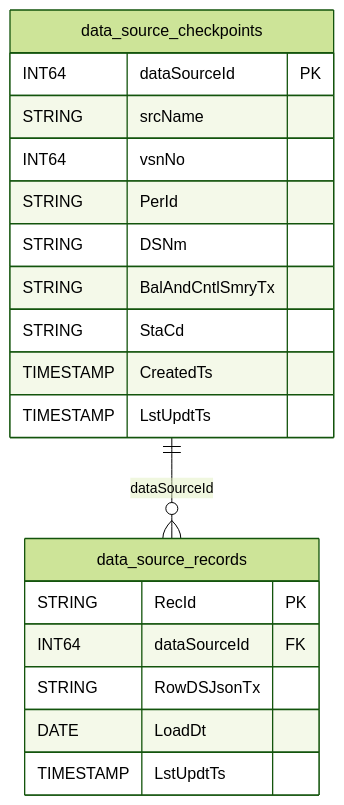
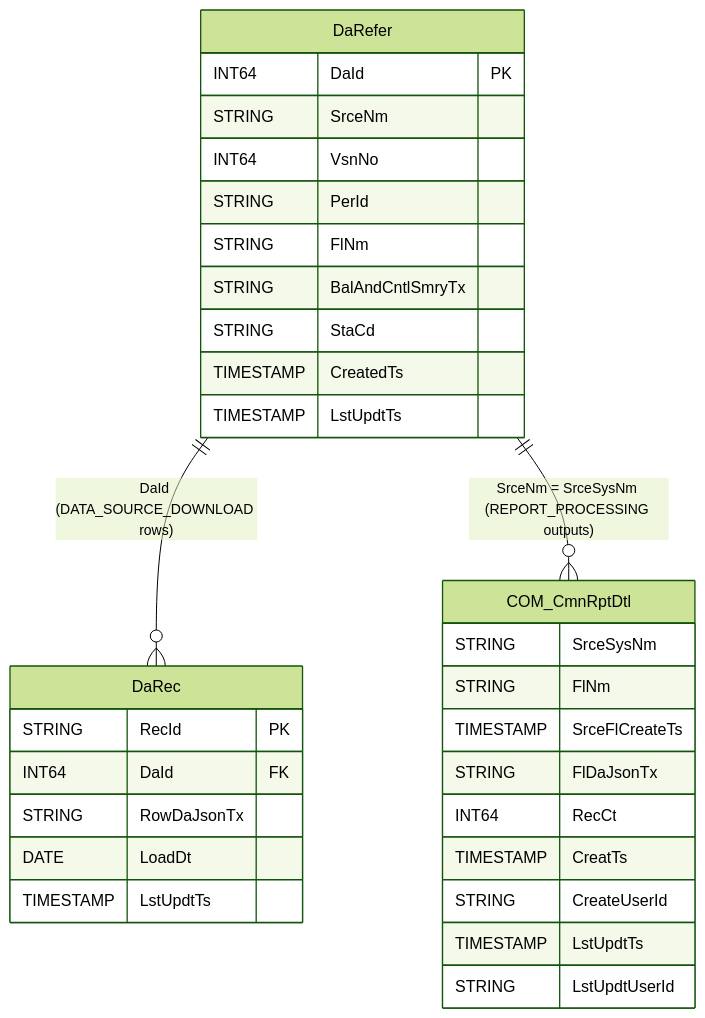
One commit to tushark-16bit/beam_framework changed diagram 12 of 13 in WALKTHROUGH.md. Above: the diagram before and after it, drawn with Mermaid (forest theme). The commit also changed other lines of this file and 11 other files, not shown here.

````diff
--- a/WALKTHROUGH.md
+++ b/WALKTHROUGH.md
@@ -642,24 +655,37 @@
 ```mermaid
 erDiagram
-    data_source_checkpoints {
-        INT64 dataSourceId PK
-        STRING srcName
-        INT64 vsnNo
+    DaRefer {
+        INT64 DaId PK
+        STRING SrceNm
+        INT64 VsnNo
         STRING PerId
-        STRING DSNm
+        STRING FlNm
         STRING BalAndCntlSmryTx
         STRING StaCd
         TIMESTAMP CreatedTs
         TIMESTAMP LstUpdtTs
     }
 
-    data_source_records {
+    DaRec {
         STRING RecId PK
-        INT64 dataSourceId FK
-        STRING RowDSJsonTx
+        INT64 DaId FK
+        STRING RowDaJsonTx
         DATE LoadDt
         TIMESTAMP LstUpdtTs
     }
 
-    data_source_checkpoints ||--o{ data_source_records : "dataSourceId"
+    COM_CmnRptDtl {
+        STRING SrceSysNm
+        STRING FlNm
+        TIMESTAMP SrceFlCreateTs
+        STRING FlDaJsonTx
+        INT64 RecCt
+        TIMESTAMP CreatTs
+        STRING CreateUserId
+        TIMESTAMP LstUpdtTs
+        STRING LstUpdtUserId
+    }
+
+    DaRefer ||--o{ DaRec : "DaId (DATA_SOURCE_DOWNLOAD rows)"
+    DaRefer ||--o{ COM_CmnRptDtl : "SrceNm = SrceSysNm (REPORT_PROCESSING outputs)"
 ```
````
